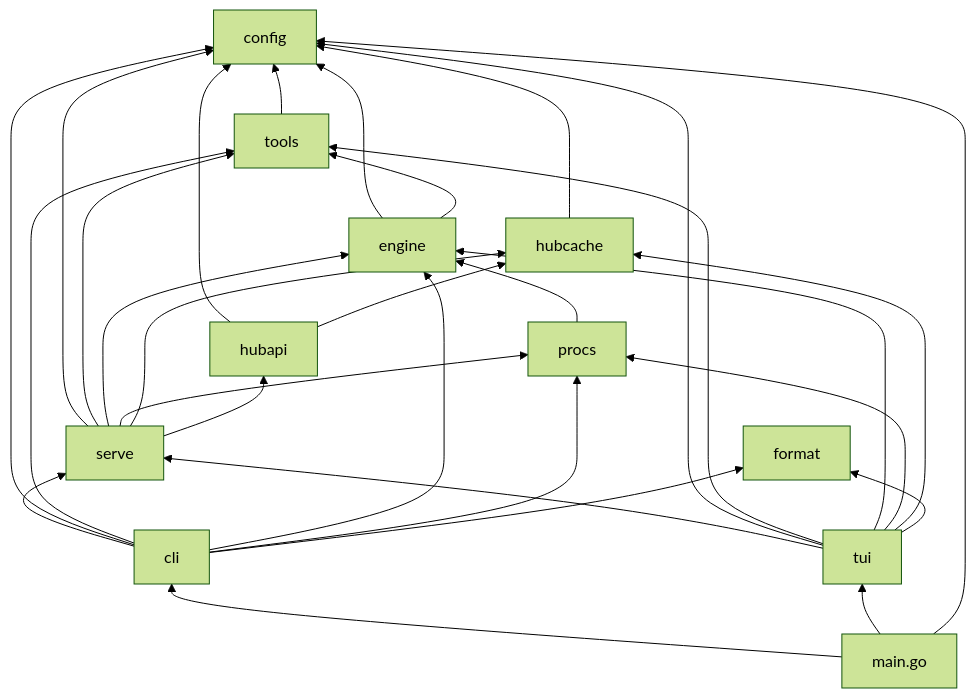
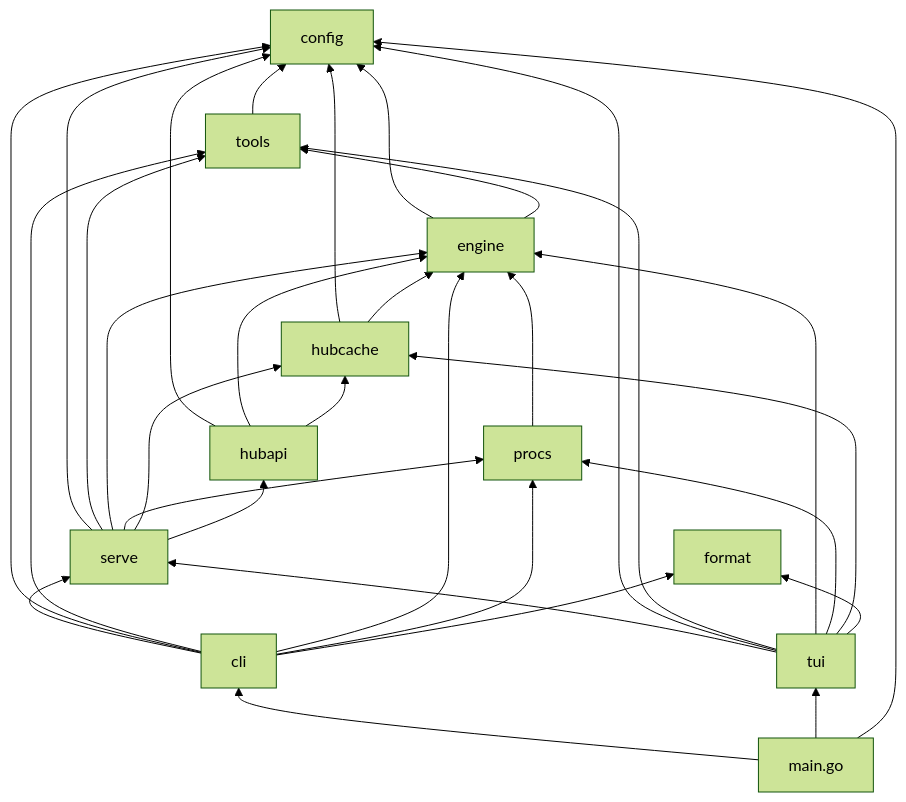
The first of 2 diagrams in docs/ARCHITECTURE.md (acdtrx/cria), drawn with Mermaid (forest theme) before and after one commit. The commit also changed other lines of this file and 20 other files, not shown here.

````diff
--- a/docs/ARCHITECTURE.md
+++ b/docs/ARCHITECTURE.md
@@ -48,48 +58,50 @@
 ```mermaid
 graph BT
     config[config]
     format[format]
     procs[procs]
     tools[tools]
     engine[engine]
     hubcache[hubcache]
     hubapi[hubapi]
     serve[serve]
     cli[cli]
     tui[tui]
     main["main.go"]
 
     tools --> config
     engine --> config
     engine --> tools
     procs --> engine
     hubcache --> config
+    hubcache --> engine
     hubapi --> config
+    hubapi --> engine
     hubapi --> hubcache
 
     serve --> config
     serve --> tools
     serve --> engine
     serve --> procs
     serve --> hubcache
     serve --> hubapi
 
     cli --> serve
     cli --> config
     cli --> tools
     cli --> engine
     cli --> procs
     cli --> format
 
     tui --> serve
     tui --> config
     tui --> tools
     tui --> engine
     tui --> procs
     tui --> hubcache
     tui --> format
 
     main --> cli
     main --> tui
     main --> config
 ```
````
